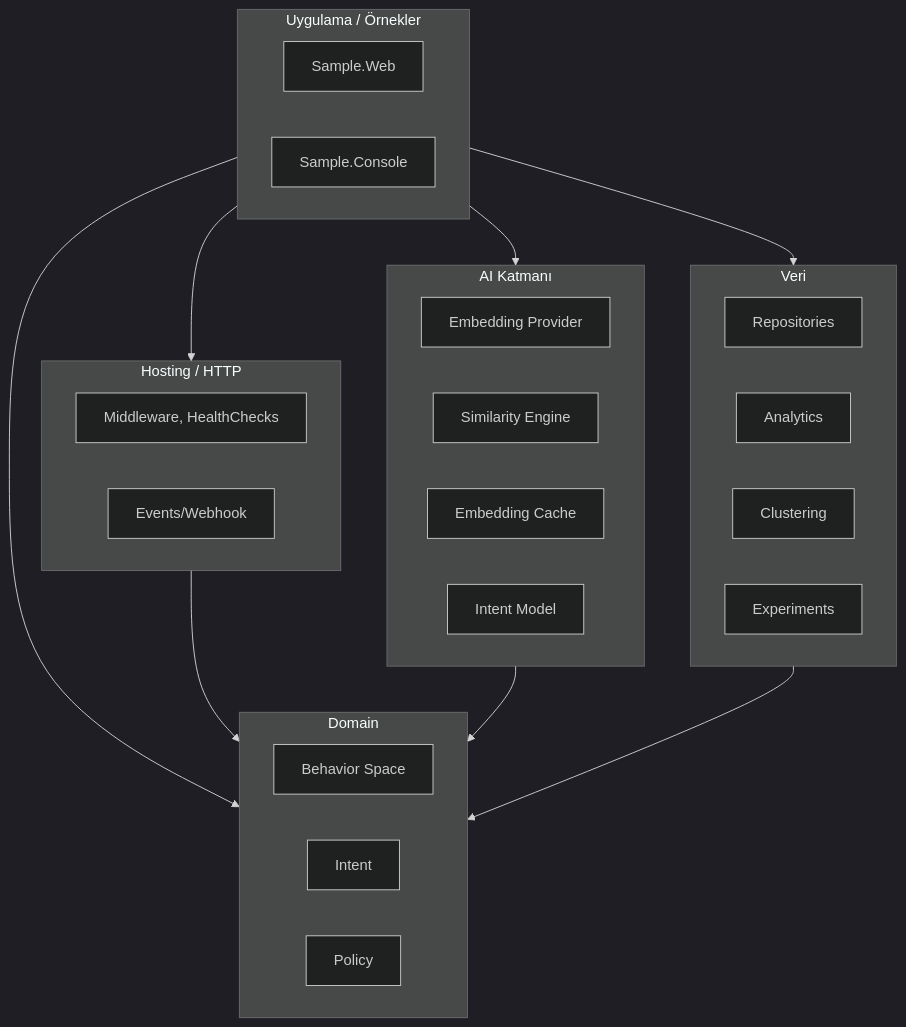
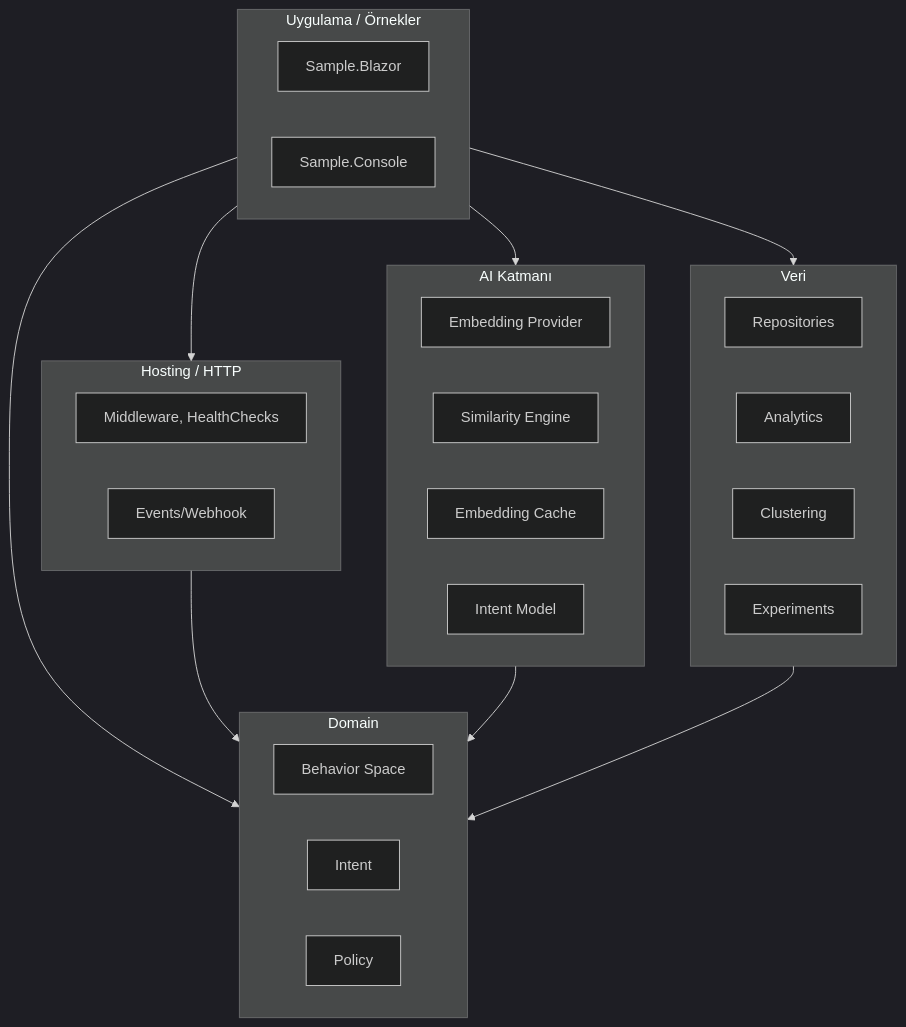
One commit to keremvaris/Intentum changed the fourth of 7 diagrams in docs/tr/architecture.md. Above: the diagram before and after it, drawn with Mermaid (dark theme). The commit also changed other lines of this file and 148 other files, not shown here.

````diff
--- a/docs/tr/architecture.md
+++ b/docs/tr/architecture.md
@@ -164,41 +182,41 @@
 ```mermaid
 flowchart TB
   subgraph app [Uygulama / Örnekler]
-    WebApp[Sample.Web]
+    WebApp[Sample.Blazor]
     ConsoleApp[Sample.Console]
   end
 
   subgraph host [Hosting / HTTP]
     AspNetCore[Middleware, HealthChecks]
     Events[Webhook, IIntentEventHandler]
   end
 
   subgraph domain [Domain]
     Behavior[Behavior Space]
     Intent[Intent]
     Policy[Policy]
   end
 
   subgraph ai_layer [AI Katmanı]
     Embedding[Embedding Provider]
     Similarity[Similarity Engine]
     Cache[Embedding Cache]
     Model[Intent Model]
   end
 
   subgraph data [Veri]
     Repo[Repositories]
     Analytics[Analytics]
     Clustering[Clustering]
     Events[Events/Webhook]
     Experiments[Experiments]
   end
 
   app --> host
   app --> domain
   app --> ai_layer
   app --> data
   host --> domain
   ai_layer --> domain
   data --> domain
 ```
````
